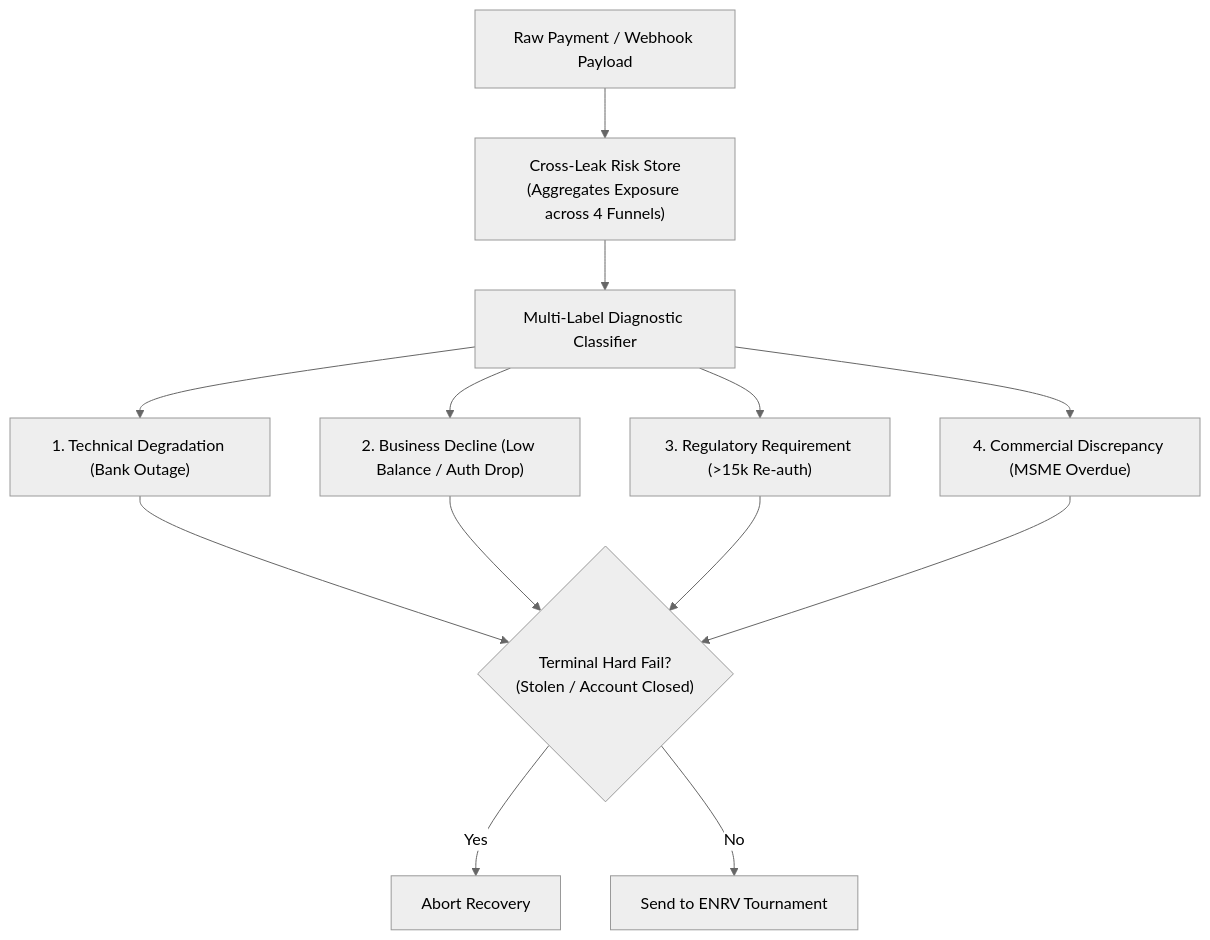
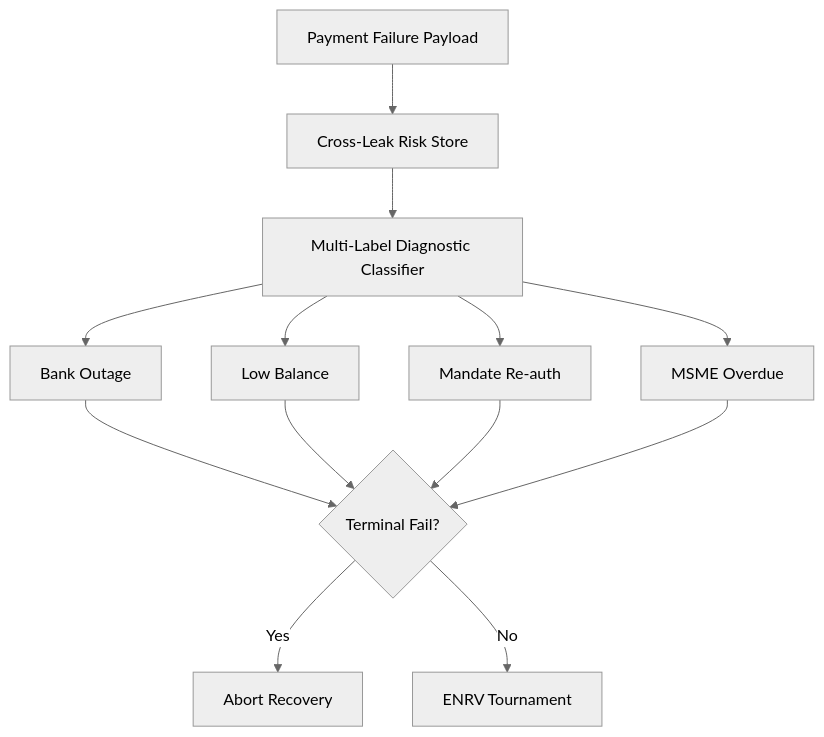
One commit to himanshu-2l/Razorpay-Recovery-Brain changed the third of 6 diagrams in README.md. Above: the diagram before and after it, drawn with Mermaid (neutral theme). The commit also changed other lines of this file, not shown here.

````diff
--- a/README.md
+++ b/README.md
@@ -184,12 +172,9 @@
 ```mermaid
 flowchart TD
-    TEL["Raw Payment / Webhook Payload"] --> CRS["Cross-Leak Risk Store<br/>(Aggregates Exposure across 4 Funnels)"]
+    TEL["Payment Failure Payload"] --> CRS["Cross-Leak Risk Store"]
     CRS --> DIAG["Multi-Label Diagnostic Classifier"]
-    DIAG --> C1["1. Technical Degradation (Bank Outage)"]
-    DIAG --> C2["2. Business Decline (Low Balance / Auth Drop)"]
-    DIAG --> C3["3. Regulatory Requirement (>15k Re-auth)"]
-    DIAG --> C4["4. Commercial Discrepancy (MSME Overdue)"]
-    C1 & C2 & C3 & C4 --> TERM{"Terminal Hard Fail?<br/>(Stolen / Account Closed)"}
+    DIAG --> C1["Bank Outage"] & C2["Low Balance"] & C3["Mandate Re-auth"] & C4["MSME Overdue"]
+    C1 & C2 & C3 & C4 --> TERM{"Terminal Fail?"}
     TERM -->|Yes| ABORT["Abort Recovery"]
-    TERM -->|No| ENRV_IN["Send to ENRV Tournament"]
+    TERM -->|No| ENRV["ENRV Tournament"]
 ```
````
